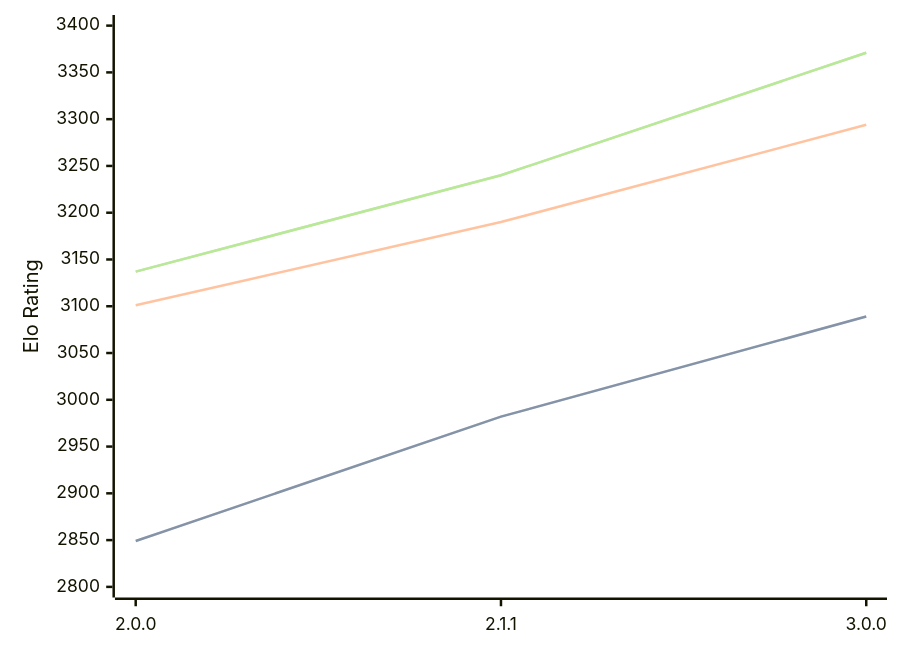
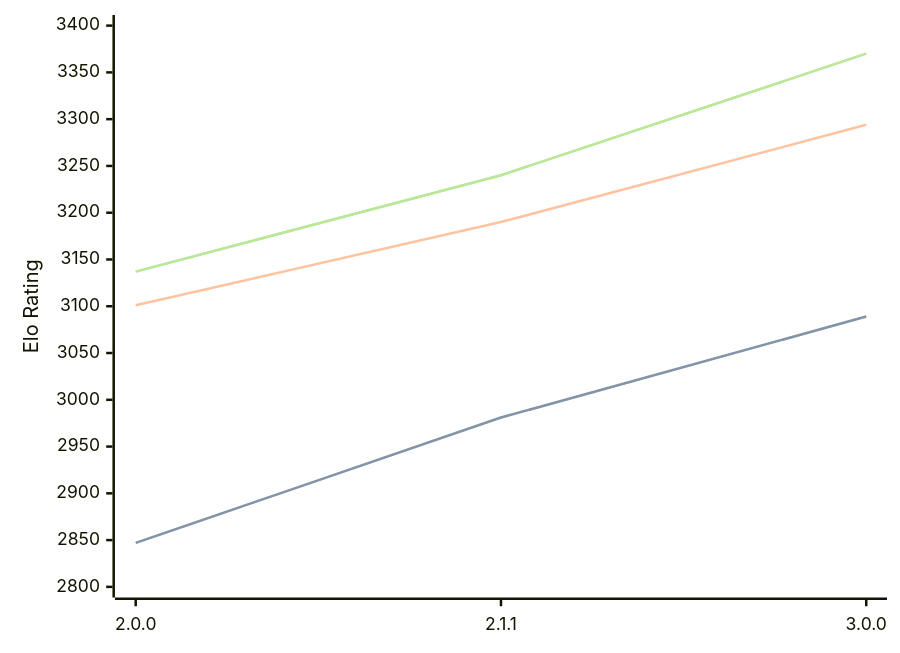
Before and after one commit to computer-chess-index/cci: the diagram in engines/Bread.md, drawn with Mermaid. The commit also changed other lines of this file, not shown here.

Commit message:
Update CCI Ratings (ELO VLTC) - 2026-06-12

````diff
--- a/engines/Bread.md
+++ b/engines/Bread.md
@@ -52,11 +52,11 @@
 ```mermaid
 %%{init: {"theme":"base","themeVariables":{"seriesColors:['#a3a3a3','#222221','#faa371']}}}%%
 xychart-beta
   x-axis ["2.0.0", "2.1.1", "3.0.0"]
   y-axis "Elo Rating" 2800 --> 3400
-  line "STC (8.0+0.08s)" [2849, 2982, 3089]
-  line "STC (8.0+0.08s)" [2849, 2982, 3089]
+  line "STC (8.0+0.08s)" [2847, 2981, 3089]
+  line "STC (8.0+0.08s)" [2847, 2981, 3089]
   line "LTC (60.0+0.60s)" [3101, 3190, 3294]
-  line "VLTC (2m24s+1.12s)" [3137, 3240, 3371]
-  line "VLTC (2m24s+1.12s)" [3137, 3240, 3371]
+  line "VLTC (2m24s+1.12s)" [3137, 3240, 3370]
+  line "VLTC (2m24s+1.12s)" [3137, 3240, 3370]
 ```
````
